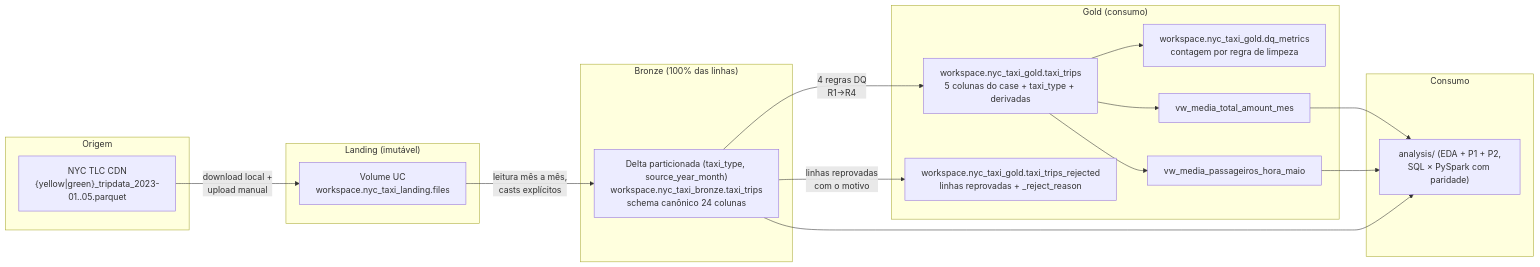
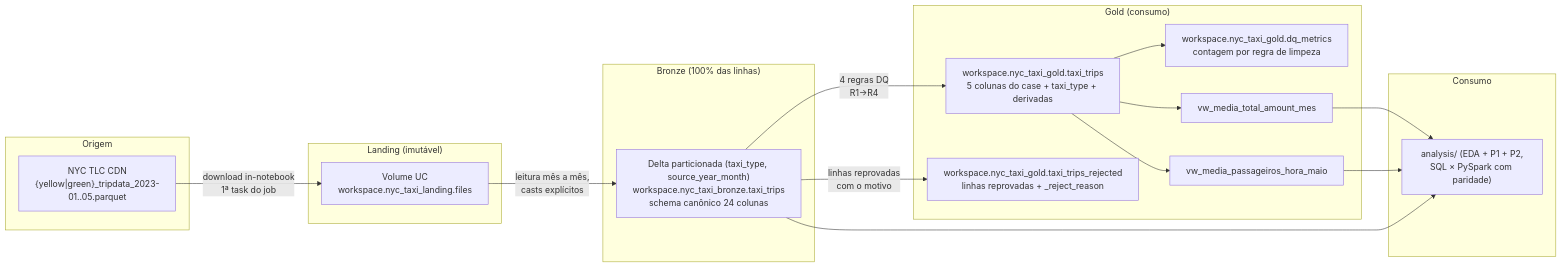
The diagram in README.md (stefbartieri/ifood-case), drawn with Mermaid before and after one commit. The commit also changed other lines of this file and 8 other files, not shown here.

````diff
--- a/README.md
+++ b/README.md
@@ -57,32 +57,32 @@
 ```mermaid
 flowchart LR
     subgraph Origem
         TLC["NYC TLC CDN<br/>{yellow|green}_tripdata_2023-01..05.parquet"]
     end
     subgraph Landing["Landing (imutável)"]
         VOL["Volume UC<br/>workspace.nyc_taxi_landing.files"]
     end
     subgraph Bronze["Bronze (100% das linhas)"]
         BRZ["Delta particionada (taxi_type, source_year_month)<br/>workspace.nyc_taxi_bronze.taxi_trips<br/>schema canônico 24 colunas"]
     end
     subgraph Gold["Gold (consumo)"]
         GLD["workspace.nyc_taxi_gold.taxi_trips<br/>5 colunas do case + taxi_type + derivadas"]
         DQ["workspace.nyc_taxi_gold.dq_metrics<br/>contagem por regra de limpeza"]
         REJ["workspace.nyc_taxi_gold.taxi_trips_rejected<br/>linhas reprovadas + _reject_reason"]
         V1["vw_media_total_amount_mes"]
         V2["vw_media_passageiros_hora_maio"]
     end
     subgraph Consumo
         AN["analysis/ (EDA + P1 + P2,<br/>SQL × PySpark com paridade)"]
     end
-    TLC -->|download local +<br/>upload manual| VOL
+    TLC -->|download in-notebook<br/>1ª task do job| VOL
     VOL -->|leitura mês a mês,<br/>casts explícitos| BRZ
     BRZ -->|4 regras DQ<br/>R1→R4| GLD
     BRZ -->|linhas reprovadas<br/>com o motivo| REJ
     GLD --> DQ
     GLD --> V1
     GLD --> V2
     V1 --> AN
     V2 --> AN
     BRZ --> AN
 ```
````
